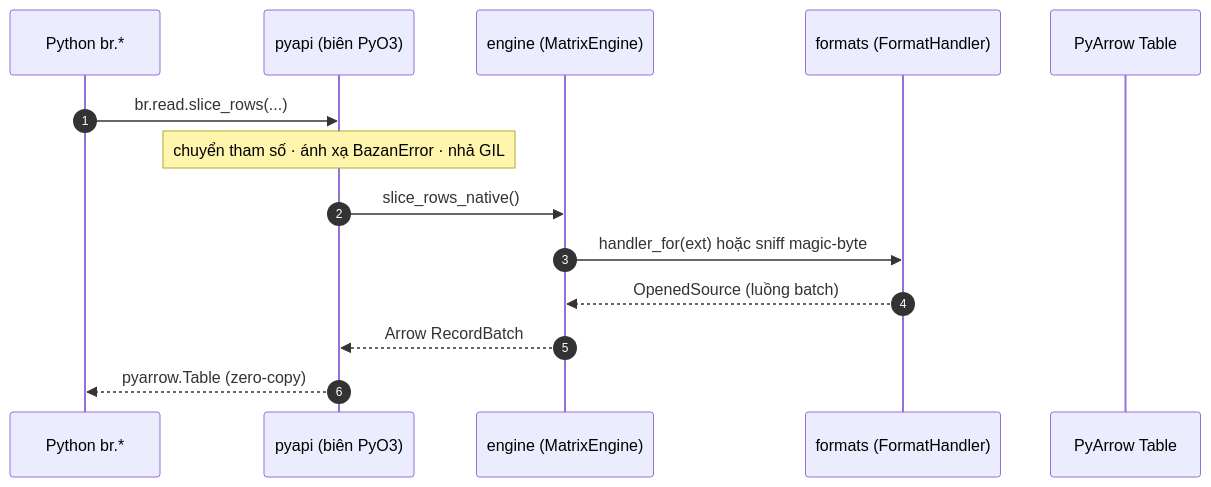
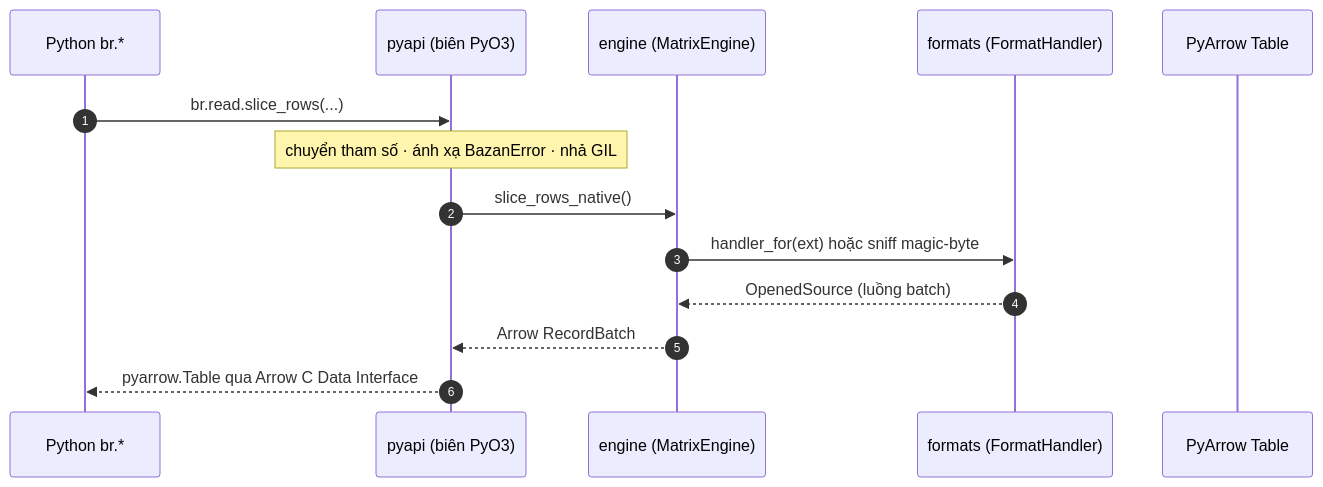
The diagram in docs/vi/architecture/overview.md (VanDung-dev/basaltic-red), drawn with Mermaid before and after one commit. The commit also changed other lines of this file and 33 other files, not shown here.

First line of the commit message:
docs(architecture): refine descriptions of DataFusion readers and Lake Map options

````diff
--- a/docs/vi/architecture/overview.md
+++ b/docs/vi/architecture/overview.md
@@ -39,17 +39,17 @@
 ```mermaid
 sequenceDiagram
     autonumber
     participant PY as Python br.*
     participant API as pyapi (biên PyO3)
     participant ENG as engine (MatrixEngine)
     participant FMT as formats (FormatHandler)
     participant OUT as PyArrow Table
 
     PY->>API: br.read.slice_rows(...)
     note over API: chuyển tham số · ánh xạ BazanError · nhả GIL
     API->>ENG: slice_rows_native()
     ENG->>FMT: handler_for(ext) hoặc sniff magic-byte
     FMT-->>ENG: OpenedSource (luồng batch)
     ENG-->>API: Arrow RecordBatch
-    API-->>PY: pyarrow.Table (zero-copy)
+    API-->>PY: pyarrow.Table qua Arrow C Data Interface
 ```
````
